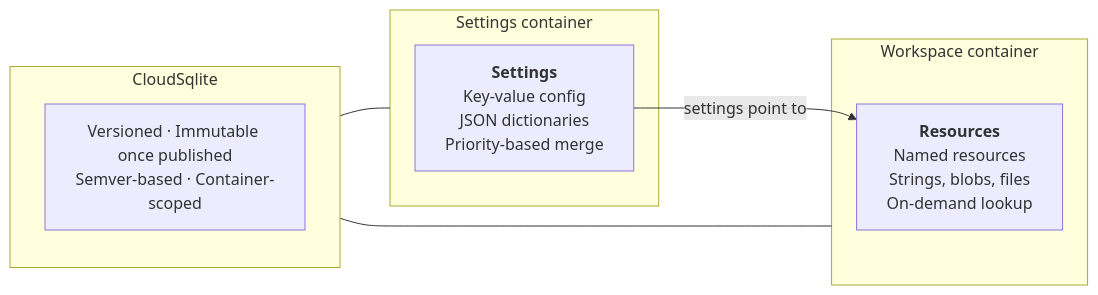
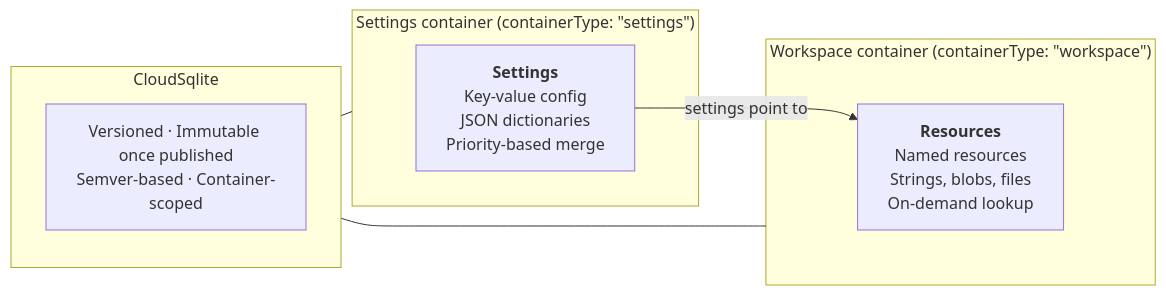
Before and after one commit to iTwin/itwinjs-core: the first of 2 diagrams in docs/learning/backend/WorkspacesAndSettings.md, drawn with Mermaid. The commit also changed 3 other files, not shown here.

````diff
--- a/docs/learning/backend/WorkspacesAndSettings.md
+++ b/docs/learning/backend/WorkspacesAndSettings.md
@@ -24,19 +24,19 @@
 ```mermaid
 graph LR
     subgraph CloudSqlite["CloudSqlite"]
         direction TB
         note["Versioned · Immutable once published<br/>Semver-based · Container-scoped"]
     end
 
-    subgraph SettingsContainer["Settings container"]
+    subgraph SettingsContainer["Settings container (containerType: &quot;settings&quot;)"]
         SDB["<b>Settings</b><br/>Key-value config<br/>JSON dictionaries<br/>Priority-based merge"]
     end
 
-    subgraph WorkspaceContainer["Workspace container"]
+    subgraph WorkspaceContainer["Workspace container (containerType: &quot;workspace&quot;)"]
         WDB["<b>Resources</b><br/>Named resources<br/>Strings, blobs, files<br/>On-demand lookup"]
     end
 
     CloudSqlite --- SettingsContainer
     CloudSqlite --- WorkspaceContainer
     SDB -->|"settings point to"| WDB
 ```
````
